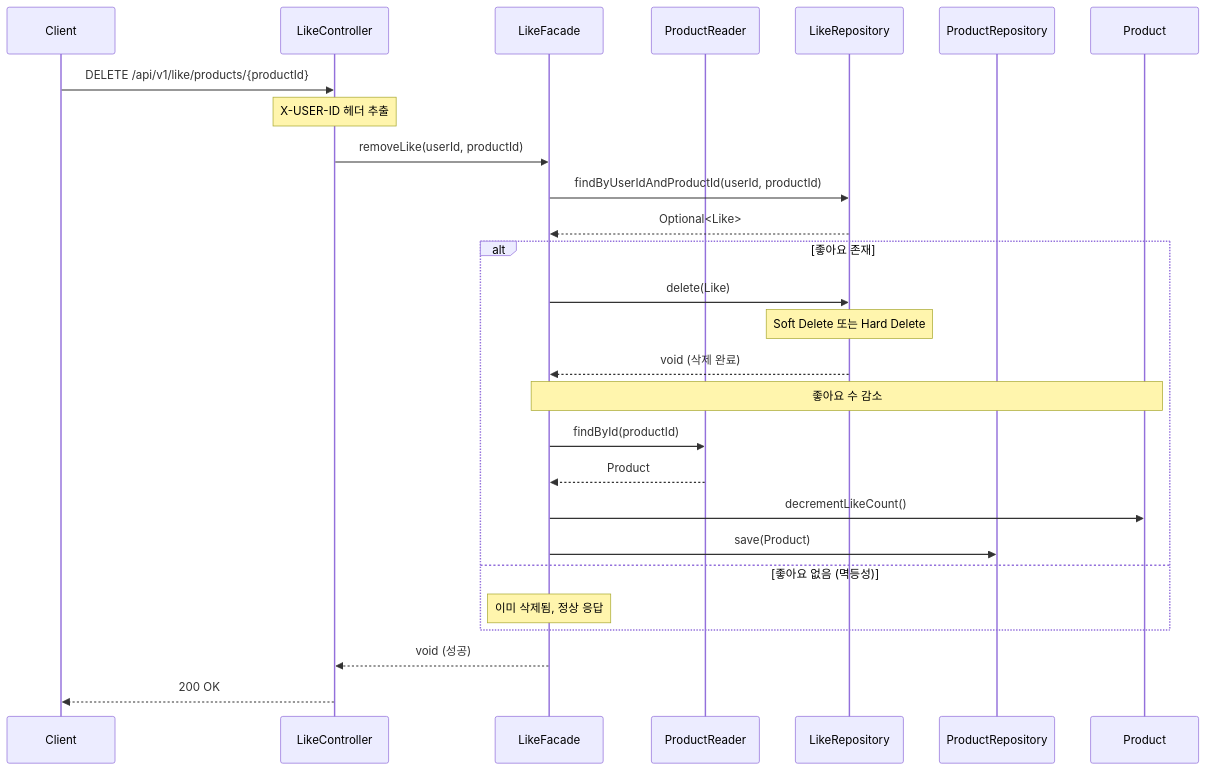
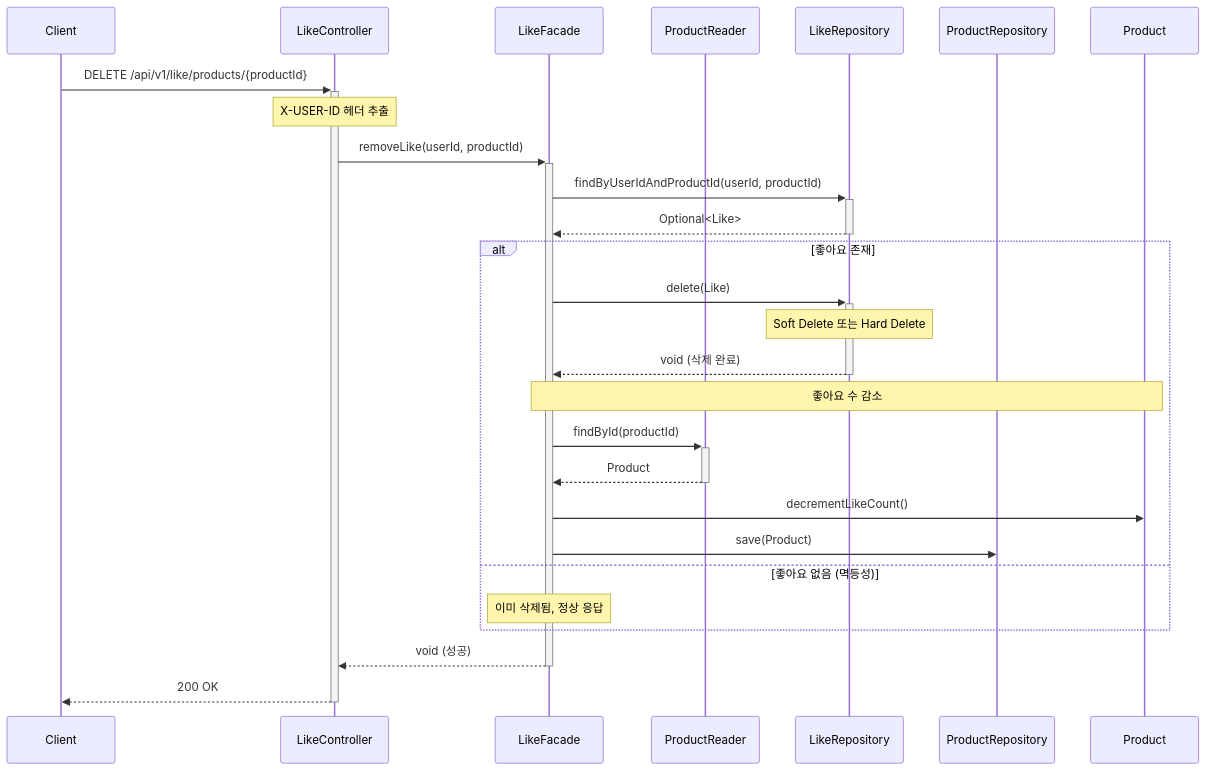
One commit to Loopers-dev-lab/loopers-spring-java-template changed the fifth of 16 diagrams in docs/week2/02-sequence-diagrams.md. Above: the diagram before and after it, drawn with Mermaid. The commit also changed other lines of this file, not shown here.

Commit message:
docs: 시퀀스 다이어그램 activation bar 추가

````diff
--- a/docs/week2/02-sequence-diagrams.md
+++ b/docs/week2/02-sequence-diagrams.md
@@ -238,35 +238,35 @@
 ```mermaid
 sequenceDiagram
     participant Client
     participant LikeController
     participant LikeFacade
     participant ProductReader
     participant LikeRepository
     participant ProductRepository
     participant Product
 
-    Client->>LikeController: DELETE /api/v1/like/products/{productId}
+    Client->>+LikeController: DELETE /api/v1/like/products/{productId}
     Note over LikeController: X-USER-ID 헤더 추출
 
-    LikeController->>LikeFacade: removeLike(userId, productId)
+    LikeController->>+LikeFacade: removeLike(userId, productId)
 
-    LikeFacade->>LikeRepository: findByUserIdAndProductId(userId, productId)
-    LikeRepository-->>LikeFacade: Optional<Like>
+    LikeFacade->>+LikeRepository: findByUserIdAndProductId(userId, productId)
+    LikeRepository-->>-LikeFacade: Optional<Like>
 
     alt 좋아요 존재
-        LikeFacade->>LikeRepository: delete(Like)
+        LikeFacade->>+LikeRepository: delete(Like)
         Note over LikeRepository: Soft Delete 또는 Hard Delete
-        LikeRepository-->>LikeFacade: void (삭제 완료)
+        LikeRepository-->>-LikeFacade: void (삭제 완료)
 
         Note over LikeFacade,Product: 좋아요 수 감소
-        LikeFacade->>ProductReader: findById(productId)
-        ProductReader-->>LikeFacade: Product
+        LikeFacade->>+ProductReader: findById(productId)
+        ProductReader-->>-LikeFacade: Product
         LikeFacade->>Product: decrementLikeCount()
         LikeFacade->>ProductRepository: save(Product)
     else 좋아요 없음 (멱등성)
         Note over LikeFacade: 이미 삭제됨, 정상 응답
     end
 
-    LikeFacade-->>LikeController: void (성공)
-    LikeController-->>Client: 200 OK
+    LikeFacade-->>-LikeController: void (성공)
+    LikeController-->>-Client: 200 OK
 ```
````
